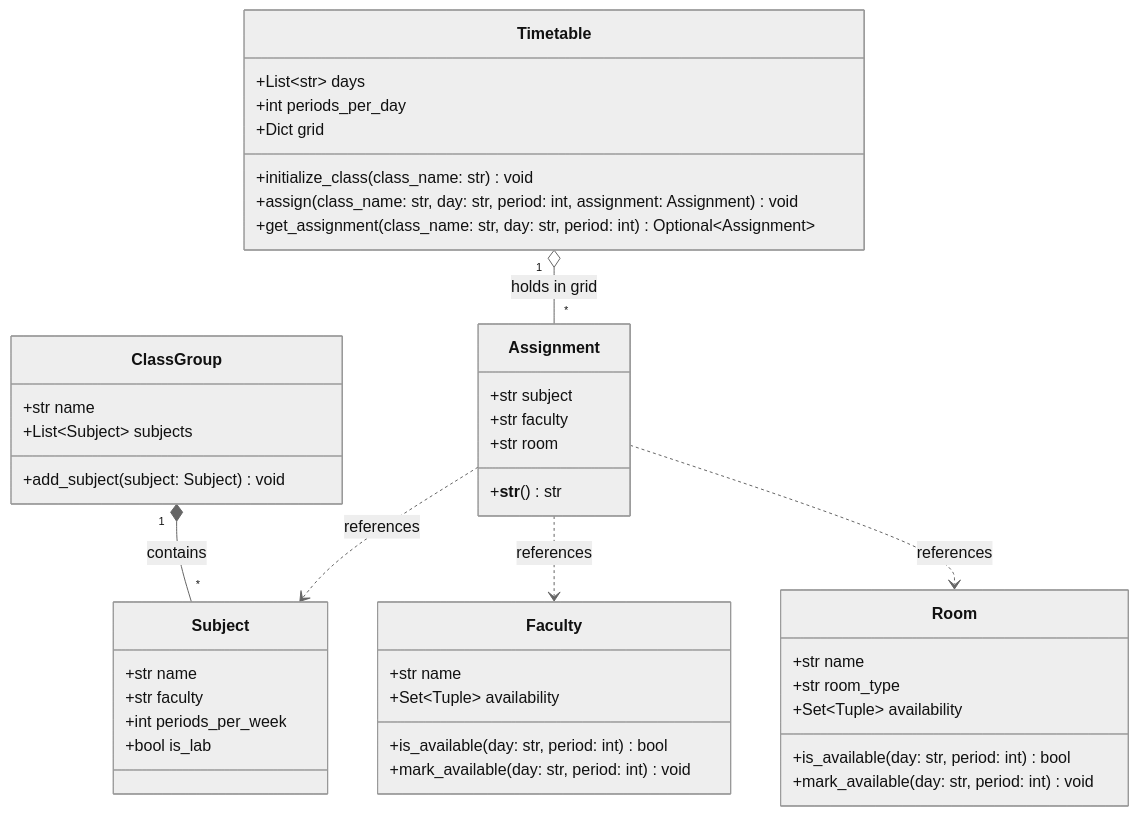
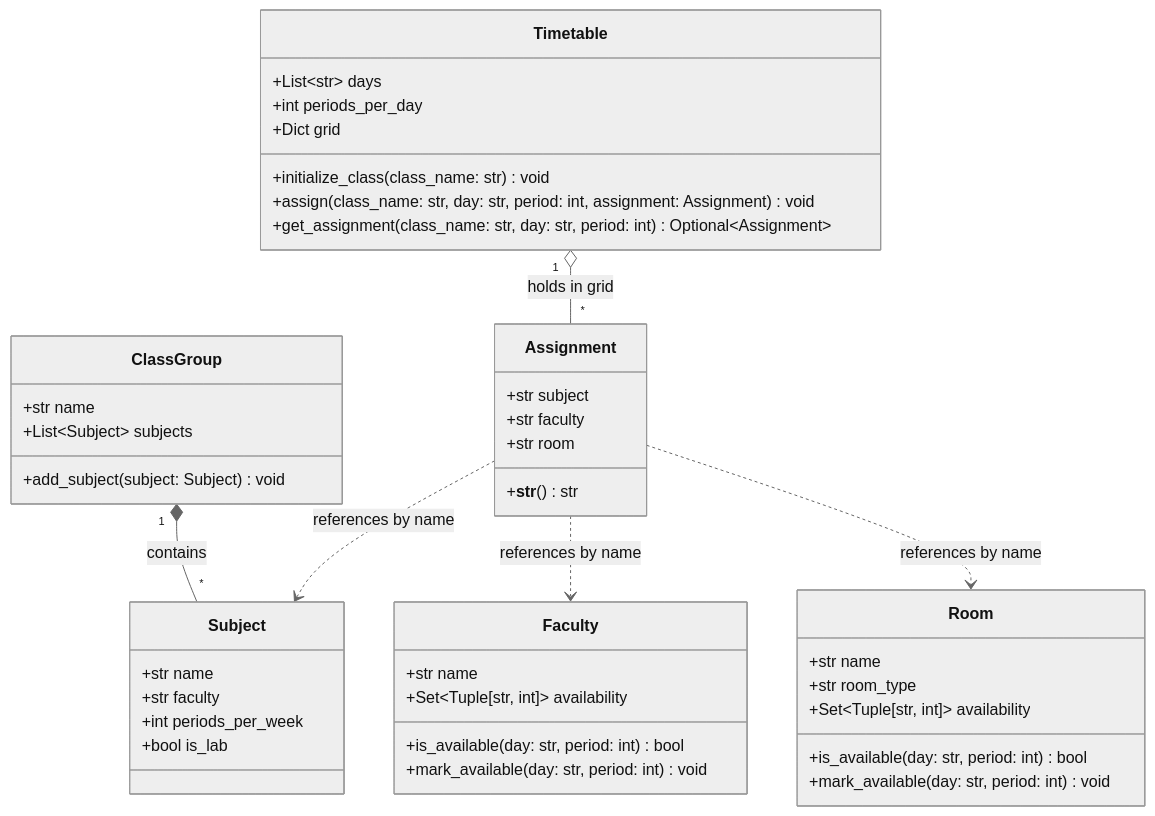
The diagram in README.md (maniraj989/Conflict-Free-Weekly-Timetable-Generator), drawn with Mermaid (neutral theme) before and after one commit. The commit also changed other lines of this file, not shown here.

````diff
--- a/README.md
+++ b/README.md
@@ -32,52 +66,52 @@
 ```mermaid
 classDiagram
     class Assignment {
         +str subject
         +str faculty
         +str room
         +__str__() str
     }
 
     class Subject {
         +str name
         +str faculty
         +int periods_per_week
         +bool is_lab
     }
 
     class ClassGroup {
         +str name
         +List~Subject~ subjects
         +add_subject(subject: Subject) void
     }
 
     class Faculty {
         +str name
-        +Set~Tuple~ availability
+        +Set~Tuple[str, int]~ availability
         +is_available(day: str, period: int) bool
         +mark_available(day: str, period: int) void
     }
 
     class Room {
         +str name
         +str room_type
-        +Set~Tuple~ availability
+        +Set~Tuple[str, int]~ availability
         +is_available(day: str, period: int) bool
         +mark_available(day: str, period: int) void
     }
 
     class Timetable {
         +List~str~ days
         +int periods_per_day
         +Dict grid
         +initialize_class(class_name: str) void
         +assign(class_name: str, day: str, period: int, assignment: Assignment) void
         +get_assignment(class_name: str, day: str, period: int) Optional~Assignment~
     }
 
     ClassGroup "1" *-- "*" Subject : contains
     Timetable "1" o-- "*" Assignment : holds in grid
-    Assignment ..> Subject : references
-    Assignment ..> Faculty : references
-    Assignment ..> Room : references
+    Assignment ..> Subject : references by name
+    Assignment ..> Faculty : references by name
+    Assignment ..> Room : references by name
 ```
````
